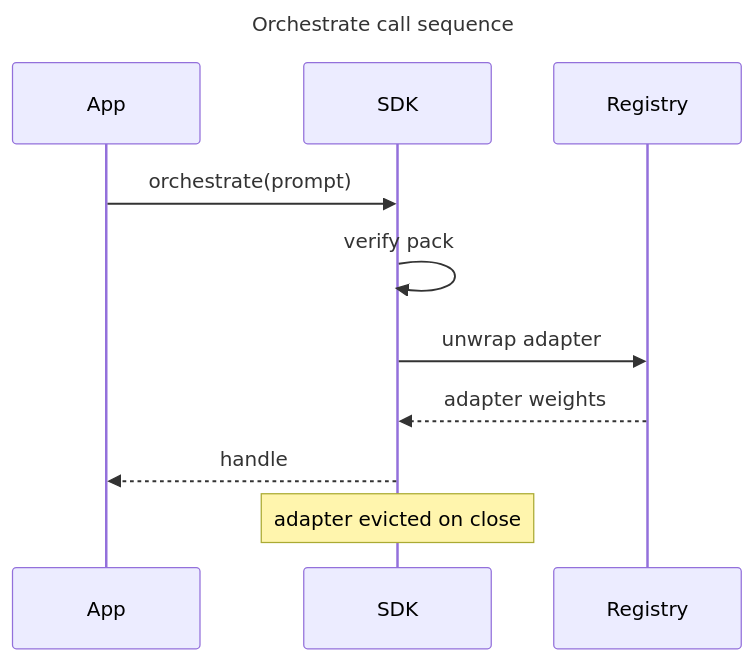
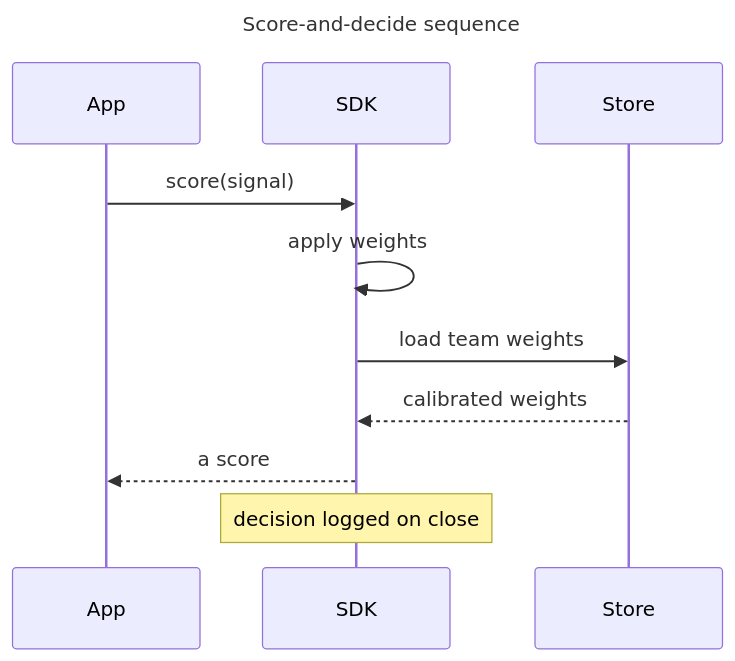
Before and after one commit to SlideWright/lattice: the second of 25 diagrams in lib/components/diagram/diagram/diagram.gallery.md, drawn with Mermaid. The commit also changed other lines of this file and 81 other files, not shown here.

````diff
--- a/lib/components/diagram/diagram/diagram.gallery.md
+++ b/lib/components/diagram/diagram/diagram.gallery.md
@@ -82,15 +82,15 @@
 ```mermaid
 ---
-title: Orchestrate call sequence
+title: Score-and-decide sequence
 ---
 sequenceDiagram
   participant App
   participant SDK
-  participant Registry
-  App->>SDK: orchestrate(prompt)
-  SDK->>SDK: verify pack
-  SDK->>Registry: unwrap adapter
-  Registry-->>SDK: adapter weights
-  SDK-->>App: handle
-  Note over SDK: adapter evicted on close
+  participant Store
+  App->>SDK: score(signal)
+  SDK->>SDK: apply weights
+  SDK->>Store: load team weights
+  Store-->>SDK: calibrated weights
+  SDK-->>App: a score
+  Note over SDK: decision logged on close
 ```
````
